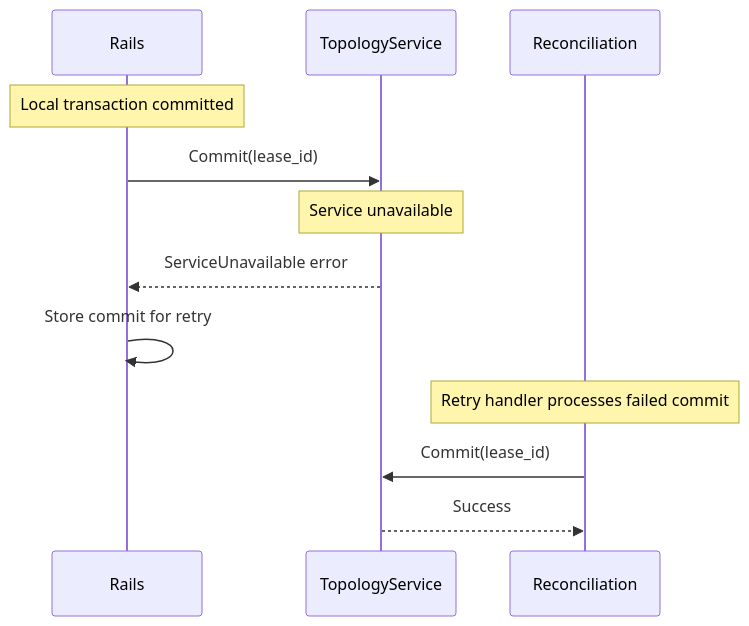
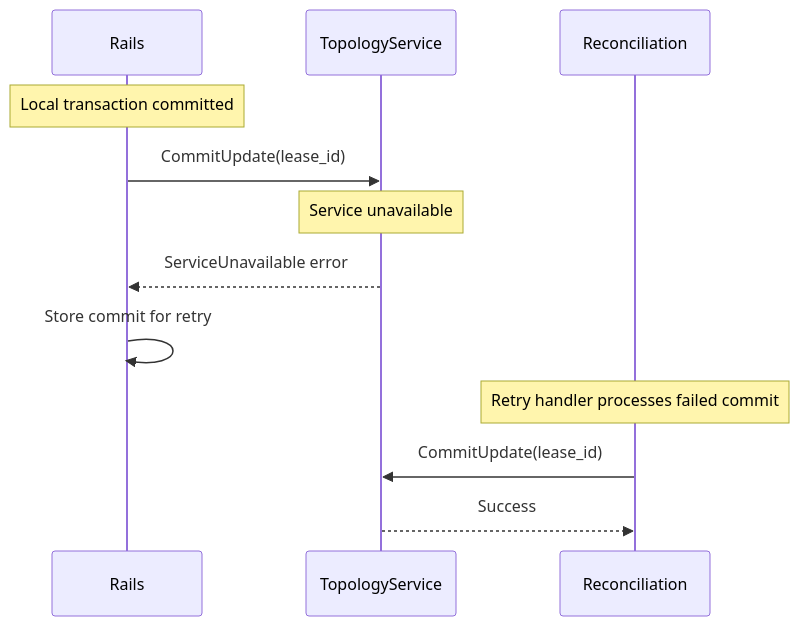
Before and after one commit to zalyoung/gitlab-handbook: the ninth of 10 diagrams in content/handbook/engineering/architecture/design-documents/cells/topology_service_transactional_behavior.md, drawn with Mermaid. The commit also changed other lines of this file, not shown here.

First line of the commit message:
Use (Begin|Commit|Rollback)Update

````diff
--- a/content/handbook/engineering/architecture/design-documents/cells/topology_service_transactional_behavior.md
+++ b/content/handbook/engineering/architecture/design-documents/cells/topology_service_transactional_behavior.md
@@ -960,16 +960,16 @@
 ```mermaid
 sequenceDiagram
     participant Rails
     participant TopologyService
     participant Reconciliation
     
     Note over Rails: Local transaction committed
-    Rails->>TopologyService: Commit(lease_id)
+    Rails->>TopologyService: CommitUpdate(lease_id)
     Note over TopologyService: Service unavailable
     TopologyService-->>Rails: ServiceUnavailable error
     Rails->>Rails: Store commit for retry
     
     Note over Reconciliation: Retry handler processes failed commit
-    Reconciliation->>TopologyService: Commit(lease_id)
+    Reconciliation->>TopologyService: CommitUpdate(lease_id)
     TopologyService-->>Reconciliation: Success
 ```
````
